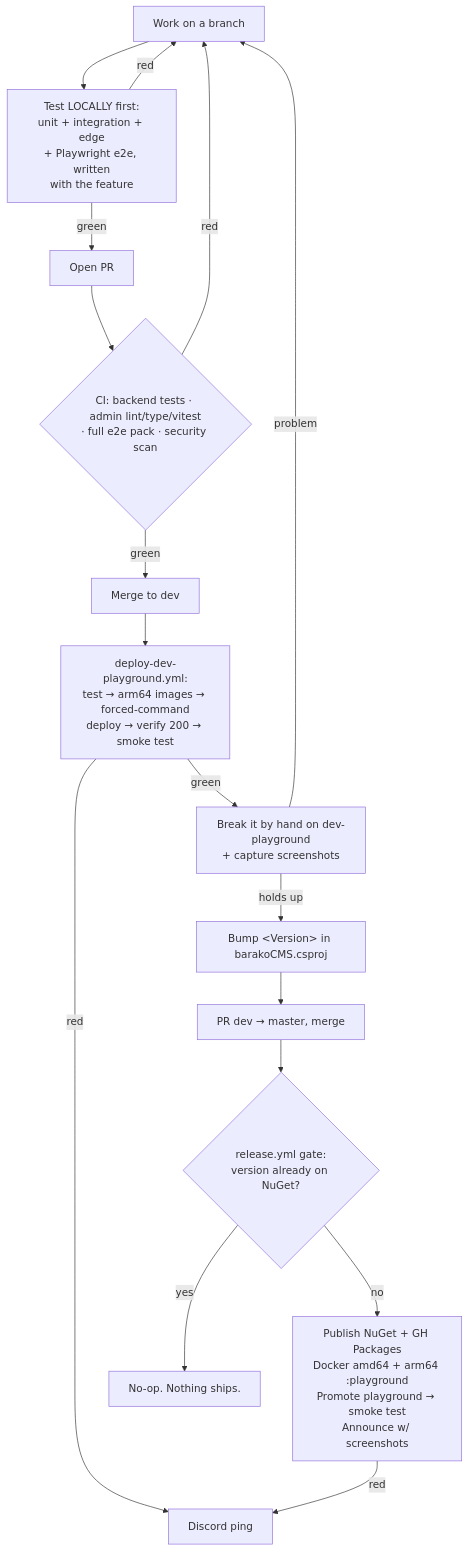
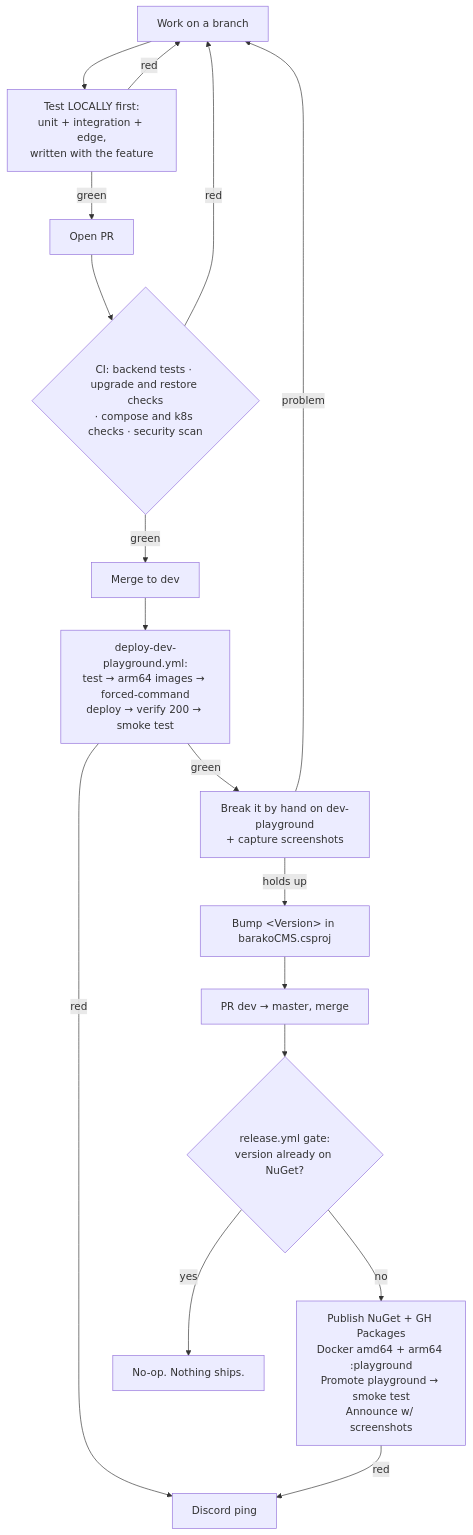
One commit to BaryoDev/barakoCMS changed the diagram in AI_DEVELOPMENT_LIFECYCLE.md. Above: the diagram before and after it, drawn with Mermaid. The commit also changed other lines of this file and 291 other files, not shown here.

````diff
--- a/AI_DEVELOPMENT_LIFECYCLE.md
+++ b/AI_DEVELOPMENT_LIFECYCLE.md
@@ -69,19 +69,19 @@
 ```mermaid
 flowchart TD
-    A[Work on a branch] --> Z[Test LOCALLY first:<br/>unit + integration + edge<br/>+ Playwright e2e, written<br/>with the feature]
+    A[Work on a branch] --> Z[Test LOCALLY first:<br/>unit + integration + edge,<br/>written with the feature]
     Z -- red --> A
     Z -- green --> B[Open PR]
-    B --> C{CI: backend tests · admin lint/type/vitest<br/>· full e2e pack · security scan}
+    B --> C{CI: backend tests · upgrade and restore checks<br/>· compose and k8s checks · security scan}
     C -- red --> A
     C -- green --> D[Merge to dev]
     D --> E[deploy-dev-playground.yml:<br/>test → arm64 images → forced-command<br/>deploy → verify 200 → smoke test]
     E -- red --> P[Discord ping]
     E -- green --> F[Break it by hand on dev-playground<br/>+ capture screenshots]
     F -- problem --> A
     F -- holds up --> G[Bump &lt;Version&gt; in barakoCMS.csproj]
     G --> H[PR dev → master, merge]
     H --> I{release.yml gate:<br/>version already on NuGet?}
     I -- yes --> J[No-op. Nothing ships.]
     I -- no --> K[Publish NuGet + GH Packages<br/>Docker amd64 + arm64 :playground<br/>Promote playground → smoke test<br/>Announce w/ screenshots]
     K -- red --> P
 ```
````
